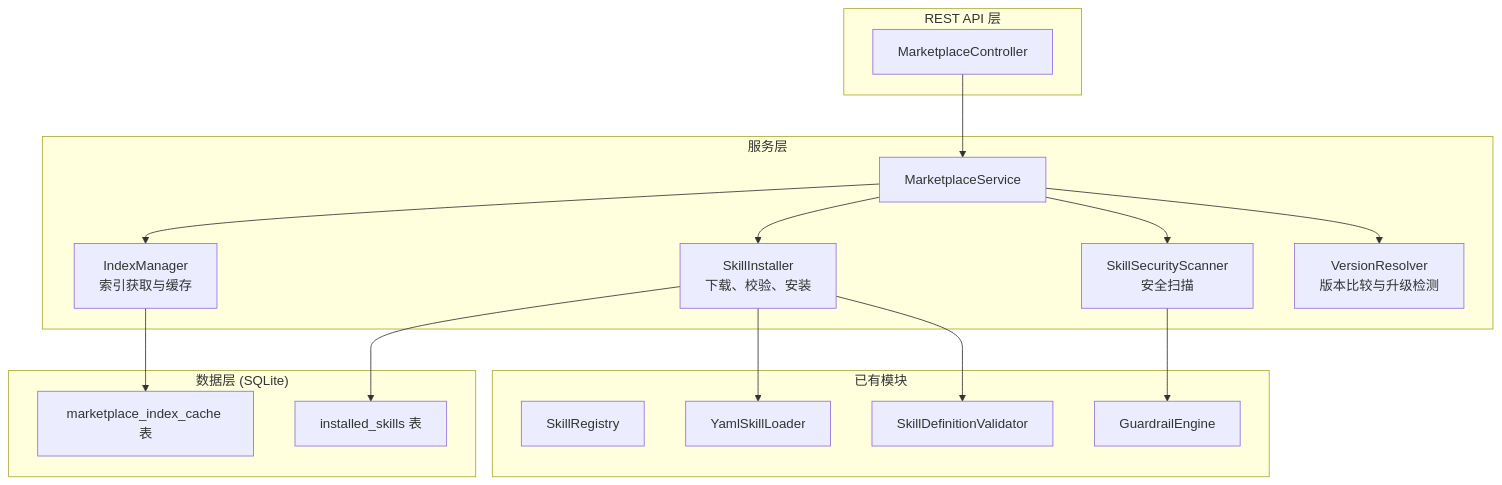
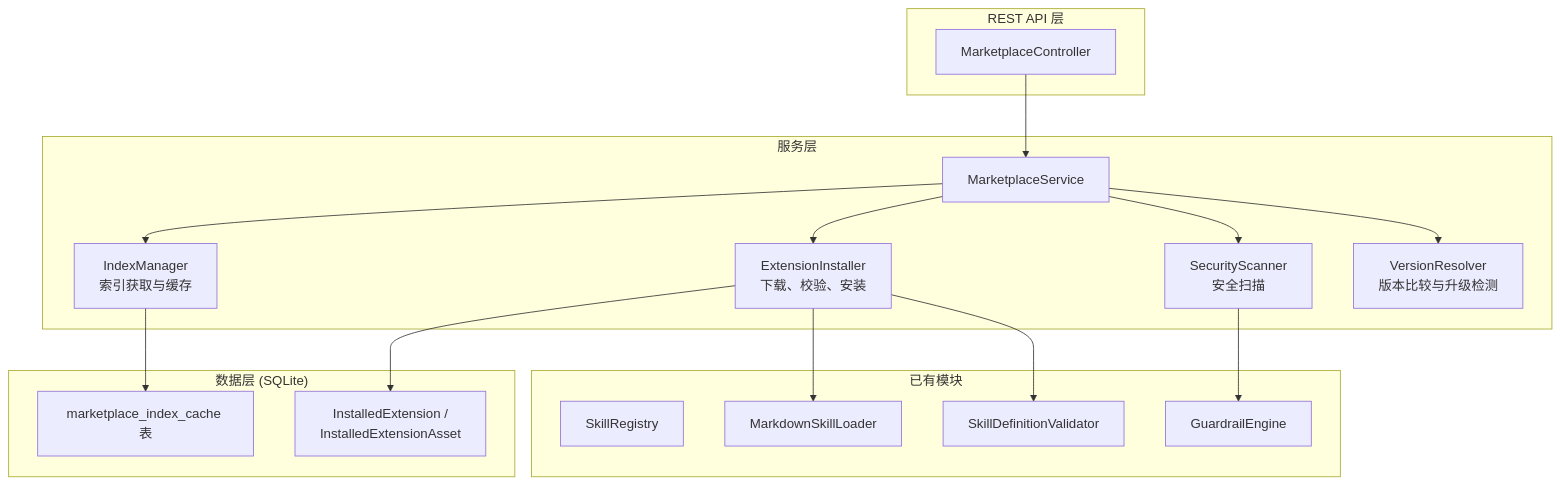
Before and after one commit to ntygod/LifePilot: the diagram in docs/architecture/skill-marketplace.md, drawn with Mermaid. The commit also changed other lines of this file and 46 other files, not shown here.

````diff
--- a/docs/architecture/skill-marketplace.md
+++ b/docs/architecture/skill-marketplace.md
@@ -40,33 +51,33 @@
 ```mermaid
 graph TB
     subgraph API["REST API 层"]
         MC["MarketplaceController"]
     end
 
     subgraph Service["服务层"]
         MS["MarketplaceService"]
         IM["IndexManager<br/>索引获取与缓存"]
-        SI["SkillInstaller<br/>下载、校验、安装"]
-        SS["SkillSecurityScanner<br/>安全扫描"]
+        SI["ExtensionInstaller<br/>下载、校验、安装"]
+        SS["SecurityScanner<br/>安全扫描"]
         VR["VersionResolver<br/>版本比较与升级检测"]
     end
 
     subgraph Data["数据层 (SQLite)"]
-        IS["installed_skills 表"]
+        IS["InstalledExtension /<br/>InstalledExtensionAsset"]
         IC["marketplace_index_cache 表"]
     end
 
     subgraph Existing["已有模块"]
         SR["SkillRegistry"]
-        YL["YamlSkillLoader"]
+        ML["MarkdownSkillLoader"]
         SV["SkillDefinitionValidator"]
         GE["GuardrailEngine"]
     end
 
     MC --> MS
     MS --> IM & SI & SS & VR
     IM --> IC
     SI --> IS
-    SI --> YL & SV
+    SI --> ML & SV
     SS --> GE
 ```
````
